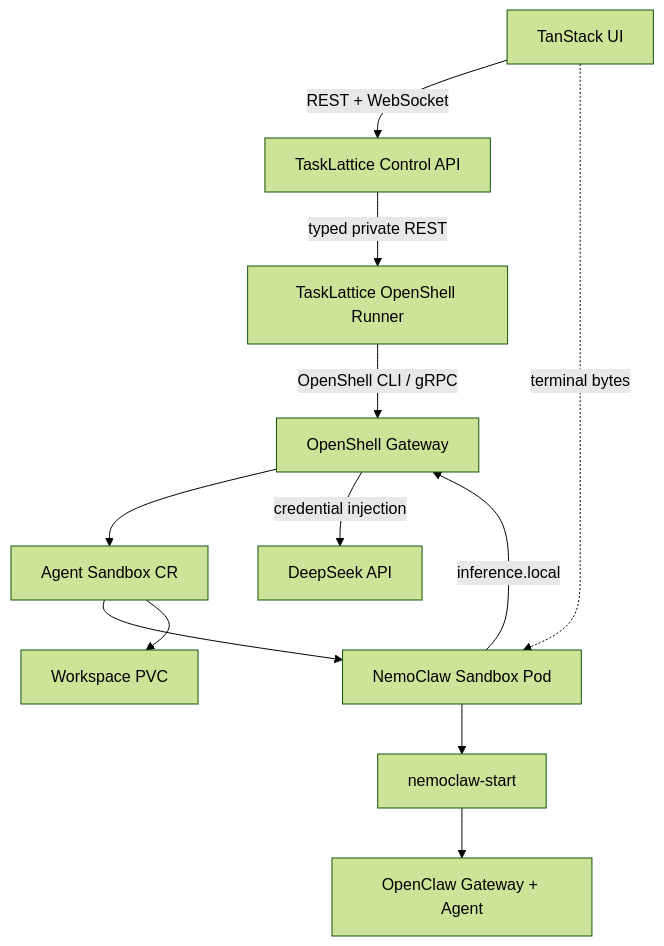
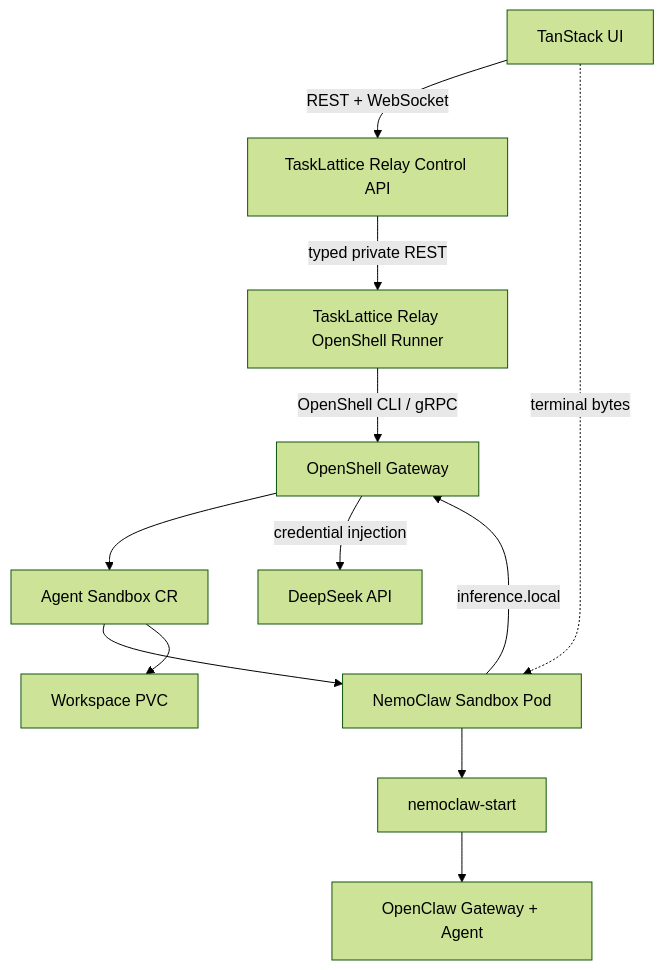
Before and after one commit to feng2009-hub/tasklattice-relay: the diagram in docs/openshell-kubernetes-runtime.md, drawn with Mermaid (forest theme). The commit also changed other lines of this file and 285 other files, not shown here.

Commit message:
chore: establish TaskLattice Relay organization repository

````diff
--- a/docs/openshell-kubernetes-runtime.md
+++ b/docs/openshell-kubernetes-runtime.md
@@ -30,14 +30,14 @@
 ```mermaid
 flowchart TD
-    UI["TanStack UI"] -->|"REST + WebSocket"| API["TaskLattice Control API"]
-    API -->|"typed private REST"| RUNNER["TaskLattice OpenShell Runner"]
+    UI["TanStack UI"] -->|"REST + WebSocket"| API["TaskLattice Relay Control API"]
+    API -->|"typed private REST"| RUNNER["TaskLattice Relay OpenShell Runner"]
     RUNNER -->|"OpenShell CLI / gRPC"| GATEWAY["OpenShell Gateway"]
     GATEWAY --> CR["Agent Sandbox CR"]
     CR --> POD["NemoClaw Sandbox Pod"]
     POD --> SUPERVISOR["nemoclaw-start"]
     SUPERVISOR --> AGENT["OpenClaw Gateway + Agent"]
     CR --> PVC["Workspace PVC"]
     POD -->|"inference.local"| GATEWAY
     GATEWAY -->|"credential injection"| DEEPSEEK["DeepSeek API"]
     UI -. "terminal bytes" .-> POD
 ```
````
